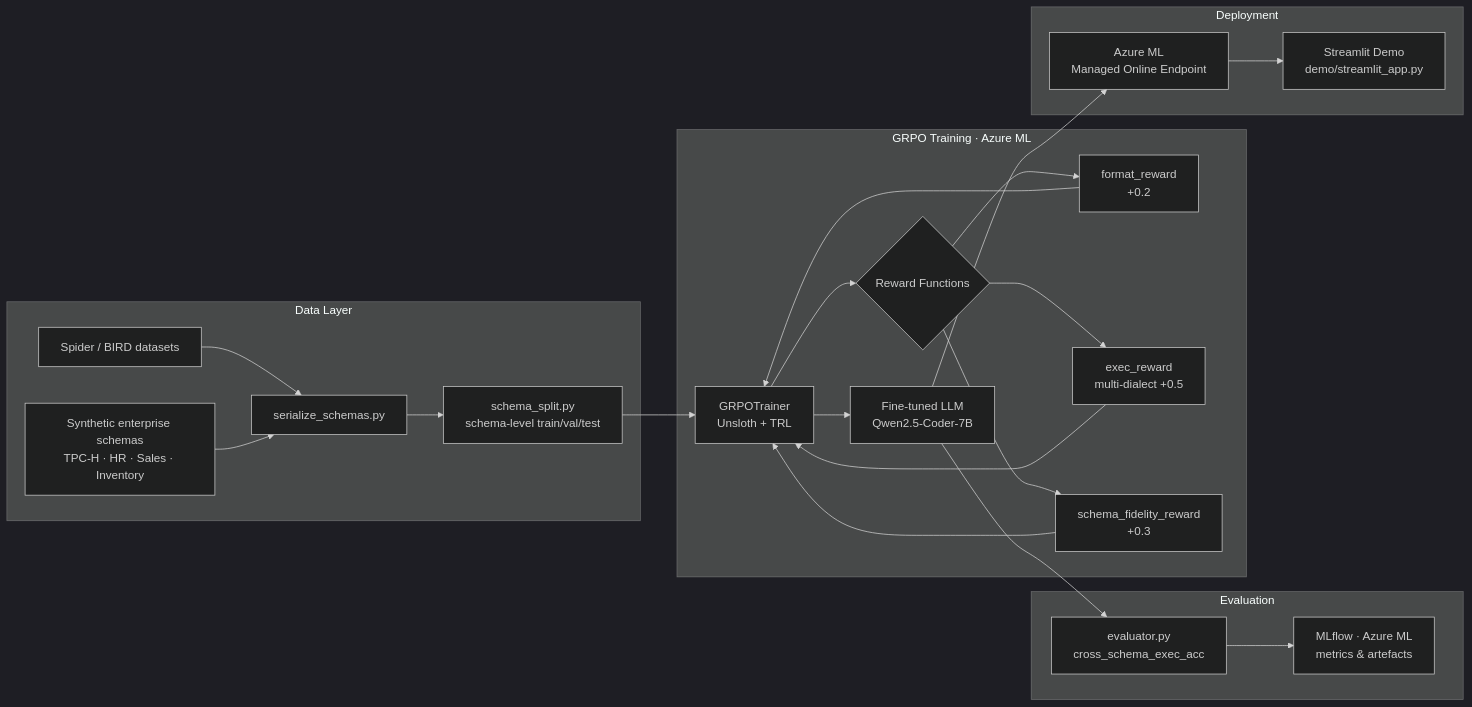
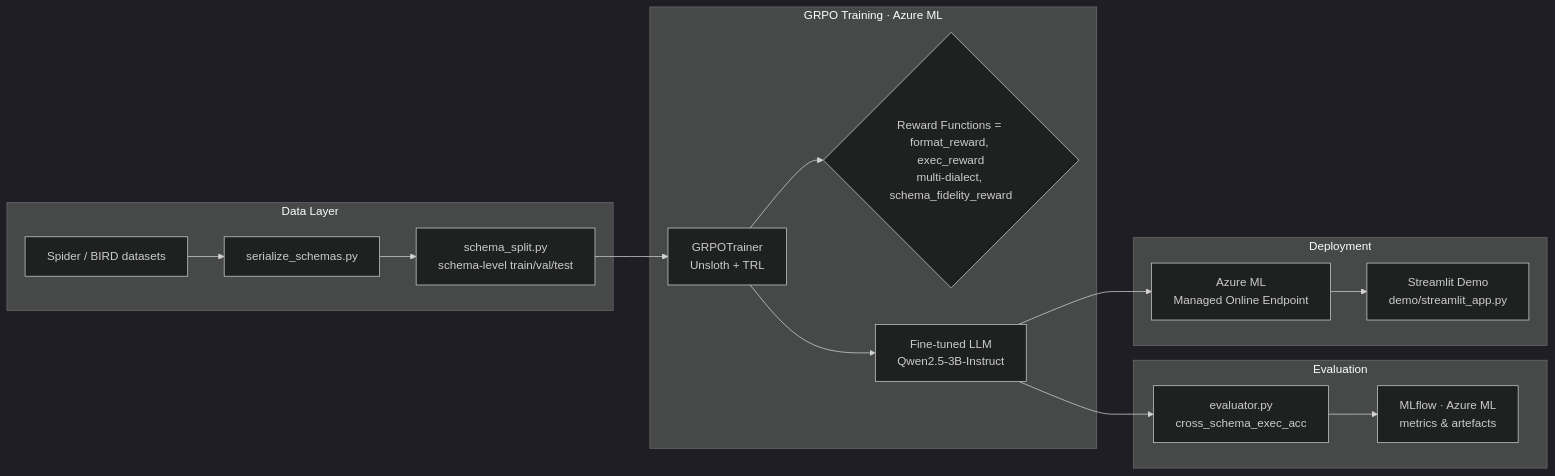
Before and after one commit to sriksmachi/text2sql-slm-finetuning-grpo: the diagram in README.md, drawn with Mermaid (dark theme). The commit also changed 6 other files, not shown here.

````diff
--- a/README.md
+++ b/README.md
@@ -13,28 +13,23 @@
 ```mermaid
 flowchart LR
     subgraph Data["Data Layer"]
         A[Spider / BIRD datasets] --> B[serialize_schemas.py]
-        C[Synthetic enterprise schemas\nTPC-H · HR · Sales · Inventory] --> B
         B --> D[schema_split.py\nschema-level train/val/test]
     end
 
     subgraph Training["GRPO Training  · Azure ML"]
         D --> E[GRPOTrainer\nUnsloth + TRL]
-        E --> F{Reward Functions}
-        F --> G[format_reward\n+0.2]
-        F --> H[exec_reward\nmulti-dialect +0.5]
-        F --> I[schema_fidelity_reward\n+0.3]
-        G & H & I --> E
-        E --> J[Fine-tuned LLM\nQwen2.5-Coder-7B]
+        E --> F{Reward Functions = format_reward, exec_reward\nmulti-dialect, schema_fidelity_reward}
+        E --> J[Fine-tuned LLM\nQwen2.5-3B-Instruct]
     end
 
     subgraph Eval["Evaluation"]
         J --> K[evaluator.py\ncross_schema_exec_acc]
         K --> L[MLflow · Azure ML\nmetrics & artefacts]
     end
 
     subgraph Deploy["Deployment"]
         J --> M[Azure ML\nManaged Online Endpoint]
         M --> N[Streamlit Demo\ndemo/streamlit_app.py]
     end
 ```
````
